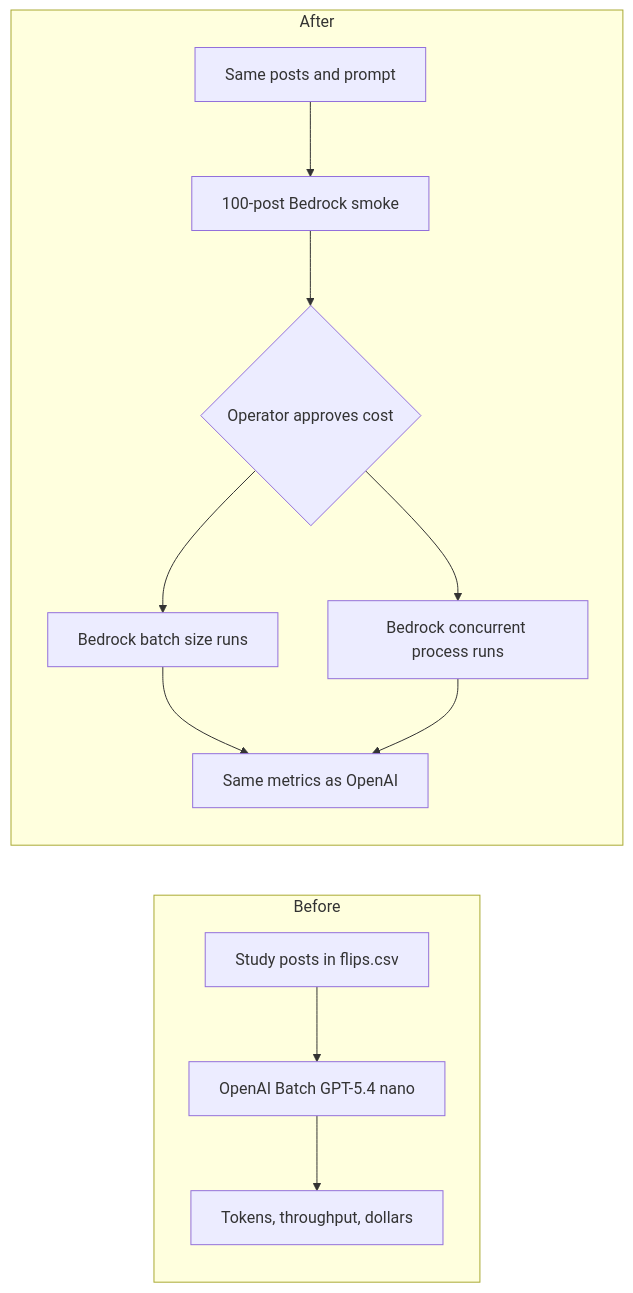
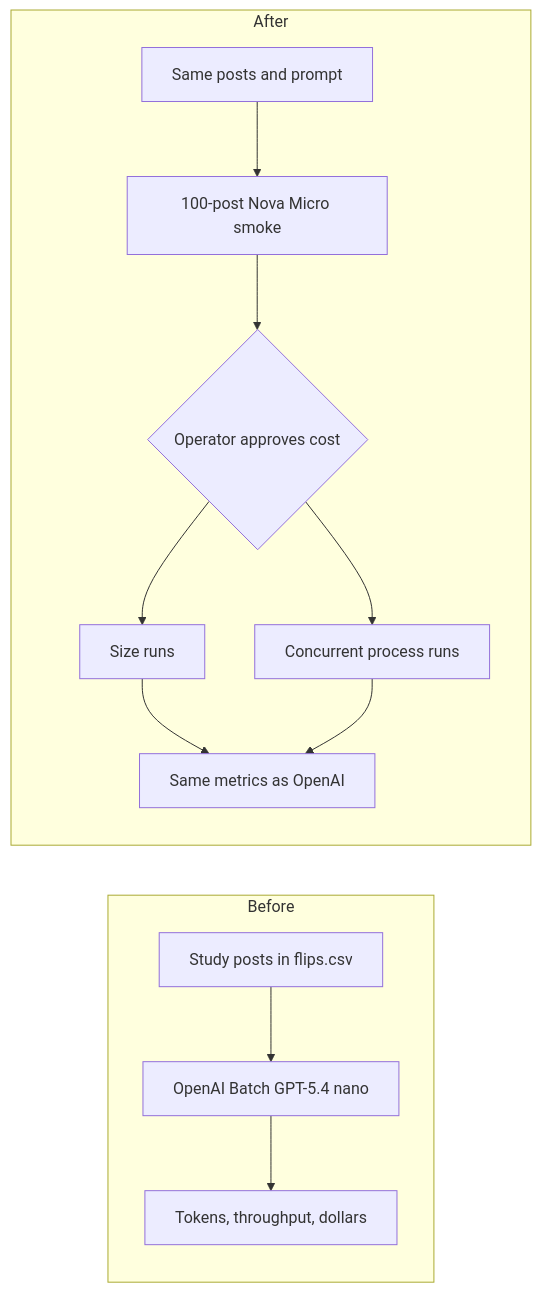
The diagram in docs/plans/2026-09-06_bedrock_batch_throughput_7c2a91/plan.md (METResearchGroup/mirrorView-task), drawn with Mermaid before and after one commit. The commit also changed other lines of this file and 5 other files, not shown here.

````diff
--- a/docs/plans/2026-09-06_bedrock_batch_throughput_7c2a91/plan.md
+++ b/docs/plans/2026-09-06_bedrock_batch_throughput_7c2a91/plan.md
@@ -30,15 +28,15 @@
 ```mermaid
 flowchart LR
   subgraph before [Before]
     P[Study posts in flips.csv] --> O[OpenAI Batch GPT-5.4 nano]
     O --> M[Tokens, throughput, dollars]
   end
   subgraph after [After]
-    P2[Same posts and prompt] --> S[100-post Bedrock smoke]
+    P2[Same posts and prompt] --> S[100-post Nova Micro smoke]
     S --> A{Operator approves cost}
-    A --> B[Bedrock batch size runs]
-    A --> C[Bedrock concurrent process runs]
+    A --> B[Size runs]
+    A --> C[Concurrent process runs]
     B --> R[Same metrics as OpenAI]
     C --> R
   end
 ```
````
